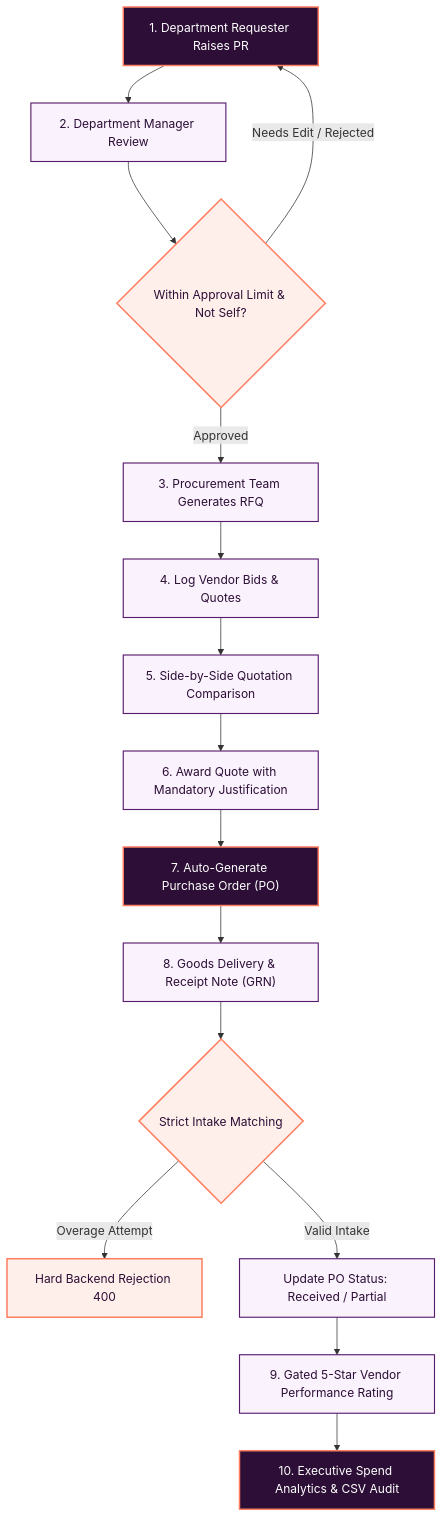
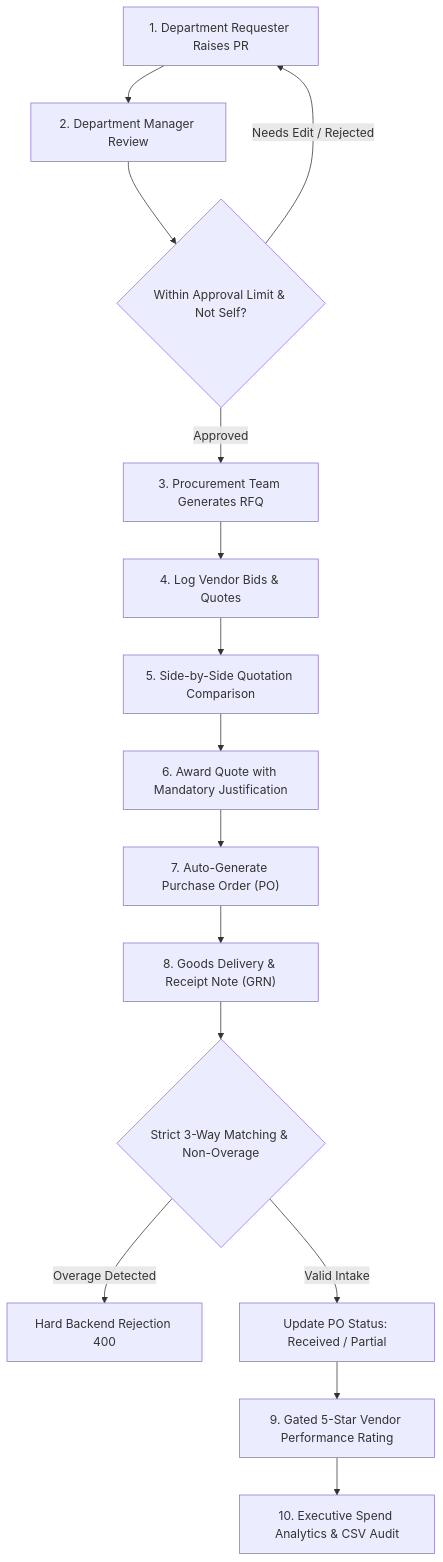
The diagram in README.md (Jasir-ali90/procurement-system), drawn with Mermaid before and after one commit.

Commit message:
fix(docs): replace classDef flowchart with robust standard graph TD to fix GitHub Mermaid render crash

````diff
--- a/README.md
+++ b/README.md
@@ -68,21 +68,17 @@
 ```mermaid
-flowchart TD
-    classDef startEnd fill:#2C0E36,stroke:#FF7E5F,stroke-width:2px,color:#fff;
-    classDef process fill:#FAF2FC,stroke:#571C6B,stroke-width:1.5px,color:#2C0E36;
-    classDef decision fill:#FFEFEA,stroke:#FF7E5F,stroke-width:2px,color:#2C0E36;
-
-    A["1. Department Requester Raises PR"]:::startEnd --> B["2. Department Manager Review"]:::process
-    B --> C{"Within Approval Limit & Not Self?"}:::decision
-    C -- "Needs Edit / Rejected" --> A
-    C -- "Approved" --> D["3. Procurement Team Generates RFQ"]:::process
-    D --> E["4. Log Vendor Bids & Quotes"]:::process
-    E --> F["5. Side-by-Side Quotation Comparison"]:::process
-    F --> G["6. Award Quote with Mandatory Justification"]:::process
-    G --> H["7. Auto-Generate Purchase Order (PO)"]:::startEnd
-    H --> I["8. Goods Delivery & Receipt Note (GRN)"]:::process
-    I --> J{"Strict Intake Matching"}:::decision
-    J -- "Overage Attempt" --> K["Hard Backend Rejection 400"]:::decision
-    J -- "Valid Intake" --> L["Update PO Status: Received / Partial"]:::process
-    L --> M["9. Gated 5-Star Vendor Performance Rating"]:::process
-    M --> N["10. Executive Spend Analytics & CSV Audit"]:::startEnd
+graph TD
+    A["1. Department Requester Raises PR"] --> B["2. Department Manager Review"]
+    B --> C{"Within Approval Limit & Not Self?"}
+    C -->|"Needs Edit / Rejected"| A
+    C -->|"Approved"| D["3. Procurement Team Generates RFQ"]
+    D --> E["4. Log Vendor Bids & Quotes"]
+    E --> F["5. Side-by-Side Quotation Comparison"]
+    F --> G["6. Award Quote with Mandatory Justification"]
+    G --> H["7. Auto-Generate Purchase Order (PO)"]
+    H --> I["8. Goods Delivery & Receipt Note (GRN)"]
+    I --> J{"Strict 3-Way Matching & Non-Overage"}
+    J -->|"Overage Detected"| K["Hard Backend Rejection 400"]
+    J -->|"Valid Intake"| L["Update PO Status: Received / Partial"]
+    L --> M["9. Gated 5-Star Vendor Performance Rating"]
+    M --> N["10. Executive Spend Analytics & CSV Audit"]
 ```
````
